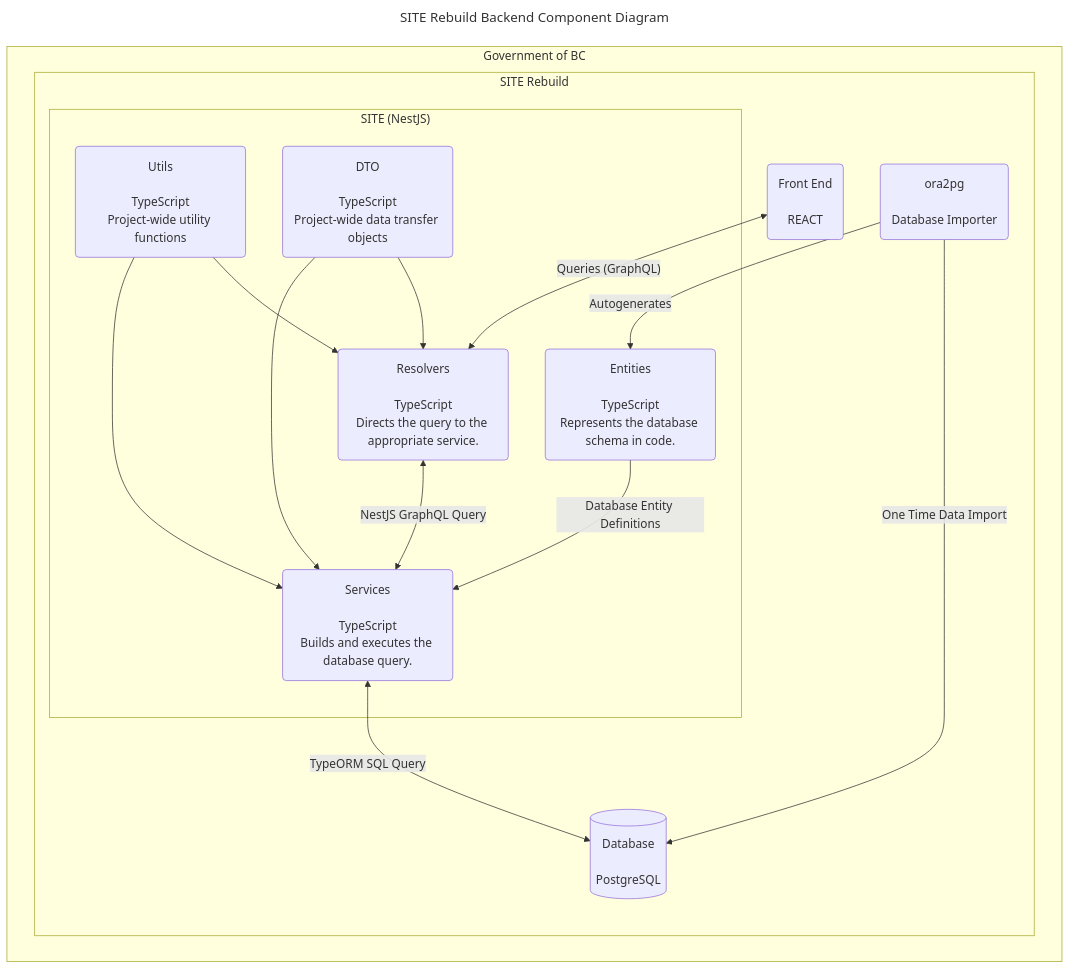
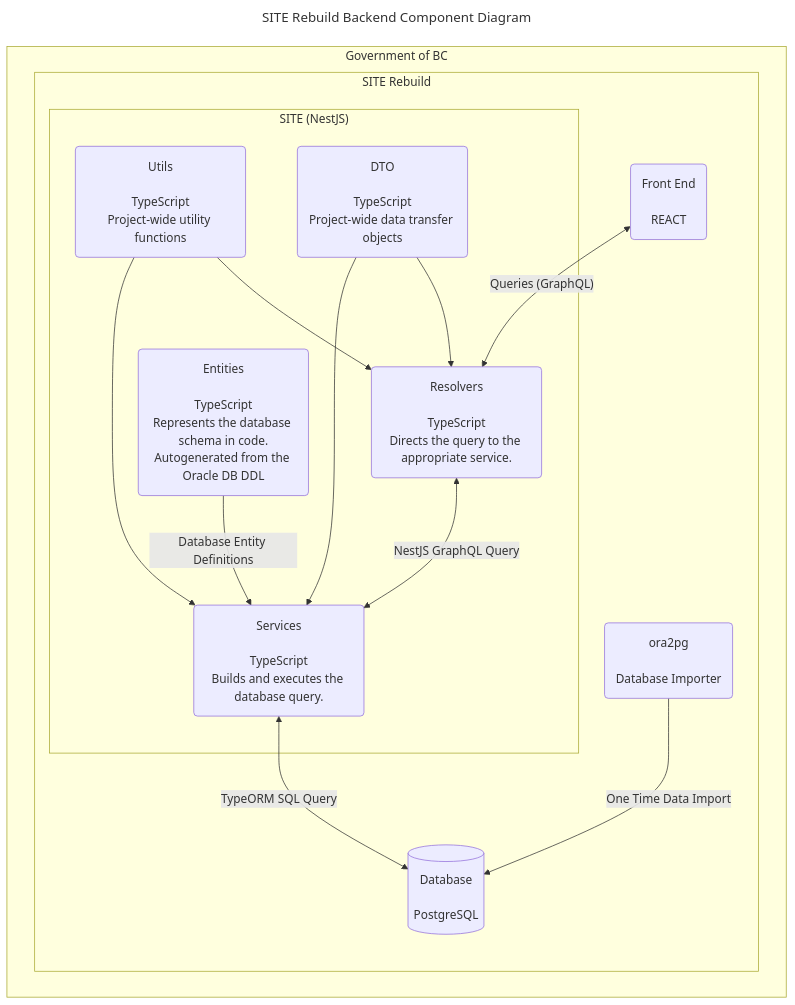
Before and after one commit to bcgov/nr-site-registry: the third of 4 diagrams in ARCHITECTURE.md, drawn with Mermaid.

Commit message:
Update ARCHITECTURE.md
Removed link from ora2pg and entities. We used the npm package `typeorm-model-generator` to do a one-time model generation.

````diff
--- a/ARCHITECTURE.md
+++ b/ARCHITECTURE.md
@@ -68,35 +68,34 @@
 ```mermaid
 ---
 title: SITE Rebuild Backend Component Diagram
 ---
 flowchart TB
   accTitle: SITE Rebuild Backend Component Diagram
   accDescr: This diagram focuses on the backend component of the application
 
   subgraph "Government of BC"
     subgraph "SITE Rebuild"
       subgraph "SITE (NestJS)"
         Resolvers("Resolvers<br /><br />TypeScript<br />Directs the query to the appropriate service.")
         Services("Services<br /><br />TypeScript<br />Builds and executes the database query.")
-        Entities("Entities<br /><br />TypeScript<br />Represents the database schema in code.")
+        Entities("Entities<br /><br />TypeScript<br />Represents the database schema in code.<br />Autogenerated from the Oracle DB DDL")
         Utils("Utils<br /><br />TypeScript<br />Project-wide utility functions")
         Dto("DTO<br /><br />TypeScript<br />Project-wide data transfer objects")
 
         Resolvers <--"NestJS GraphQL Query"--> Services
         Entities --"Database Entity Definitions"--> Services
         Utils --> Services
         Utils --> Resolvers
         Dto --> Services
         Dto --> Resolvers
       end
       FrontEnd("Front End<br /><br />REACT")
       SiteDb[("Database<br /><br />PostgreSQL")]
       Ora2Pg("ora2pg<br /><br />Database Importer")
 
       FrontEnd <--"Queries (GraphQL)"--> Resolvers
       Services <--"TypeORM SQL Query"--> SiteDb
       Ora2Pg --"One Time Data Import"--> SiteDb
-      Ora2Pg --"Autogenerates"--> Entities
     end
   end
 ```
````
